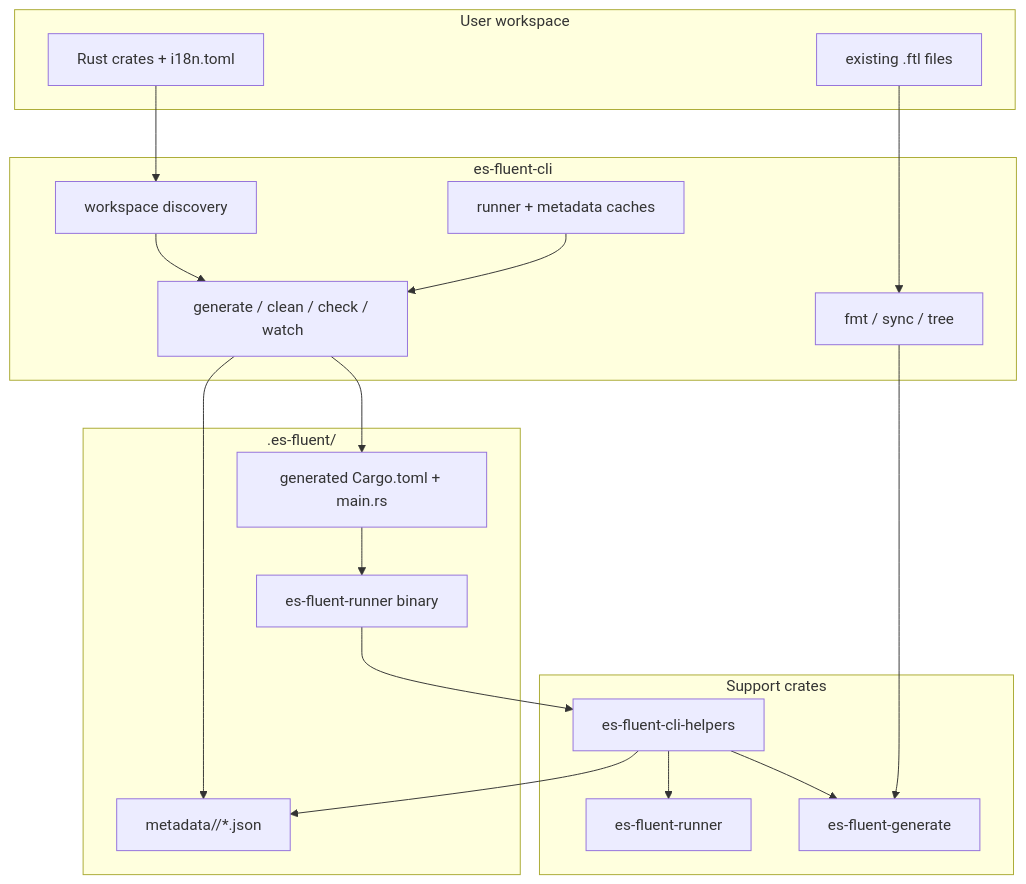
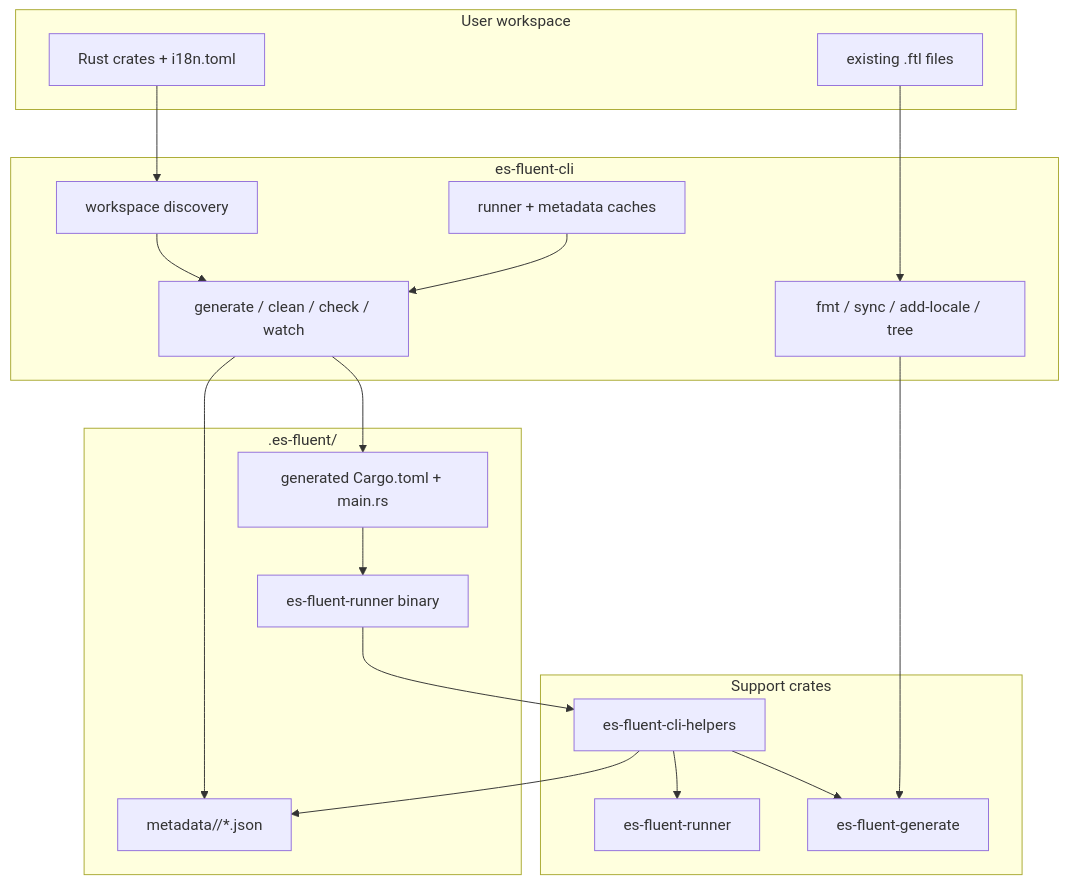
One commit to stayhydated/es-fluent changed the first of 2 diagrams in crates/es-fluent-cli/docs/ARCHITECTURE.md. Above: the diagram before and after it, drawn with Mermaid. The commit also changed other lines of this file and 18 other files, not shown here.

````diff
--- a/crates/es-fluent-cli/docs/ARCHITECTURE.md
+++ b/crates/es-fluent-cli/docs/ARCHITECTURE.md
@@ -21,39 +21,39 @@
 ```mermaid
 flowchart TD
     subgraph USER["User workspace"]
         CODE["Rust crates + i18n.toml"]
         FTL["existing .ftl files"]
     end
 
     subgraph CLI["es-fluent-cli"]
         DISCOVER["workspace discovery"]
         RUNNERCMDS["generate / clean / check / watch"]
-        DIRECT["fmt / sync / tree"]
+        DIRECT["fmt / sync / add-locale / tree"]
         CACHE["runner + metadata caches"]
     end
 
     subgraph RUNNER[".es-fluent/"]
         TEMP["generated Cargo.toml + main.rs"]
         BIN["es-fluent-runner binary"]
         META["metadata/<crate>/*.json"]
     end
 
     subgraph HELPERS["Support crates"]
         CLIH["es-fluent-cli-helpers"]
         RUNNERPROTO["es-fluent-runner"]
         GENERATE["es-fluent-generate"]
     end
 
     CODE --> DISCOVER
     FTL --> DIRECT
     DISCOVER --> RUNNERCMDS
     RUNNERCMDS --> TEMP
     TEMP --> BIN
     BIN --> CLIH
     CLIH --> RUNNERPROTO
     CLIH --> GENERATE
     CLIH --> META
     RUNNERCMDS --> META
     DIRECT --> GENERATE
     CACHE --> RUNNERCMDS
 ```
````
